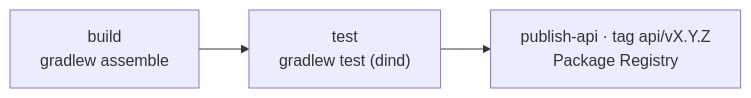
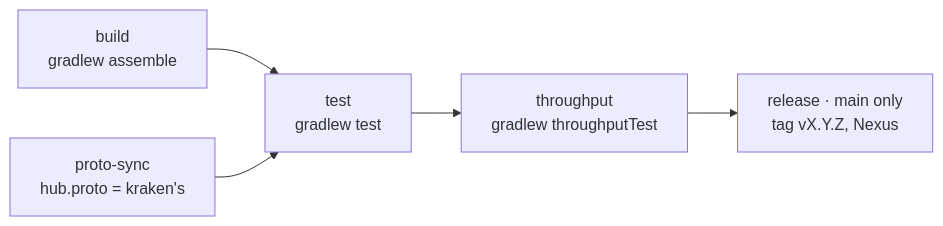
One commit to snodra/snodra-messaging changed the diagram in README.md. Above: the diagram before and after it, drawn with Mermaid. The commit also changed other lines of this file, not shown here.

````diff
--- a/README.md
+++ b/README.md
@@ -1857,4 +1953,6 @@
 ```mermaid
 flowchart LR
-    build["build<br/>gradlew assemble"] --> test["test<br/>gradlew test (dind)"] --> publish["publish-api · tag api/vX.Y.Z<br/>Package Registry"]
+    build["build<br/>gradlew assemble"] --> test["test<br/>gradlew test"] --> throughput["throughput<br/>gradlew throughputTest"]
+    sync["proto-sync<br/>hub.proto = kraken's"] --> test
+    throughput --> release["release · main only<br/>tag vX.Y.Z, Nexus"]
 ```
````
